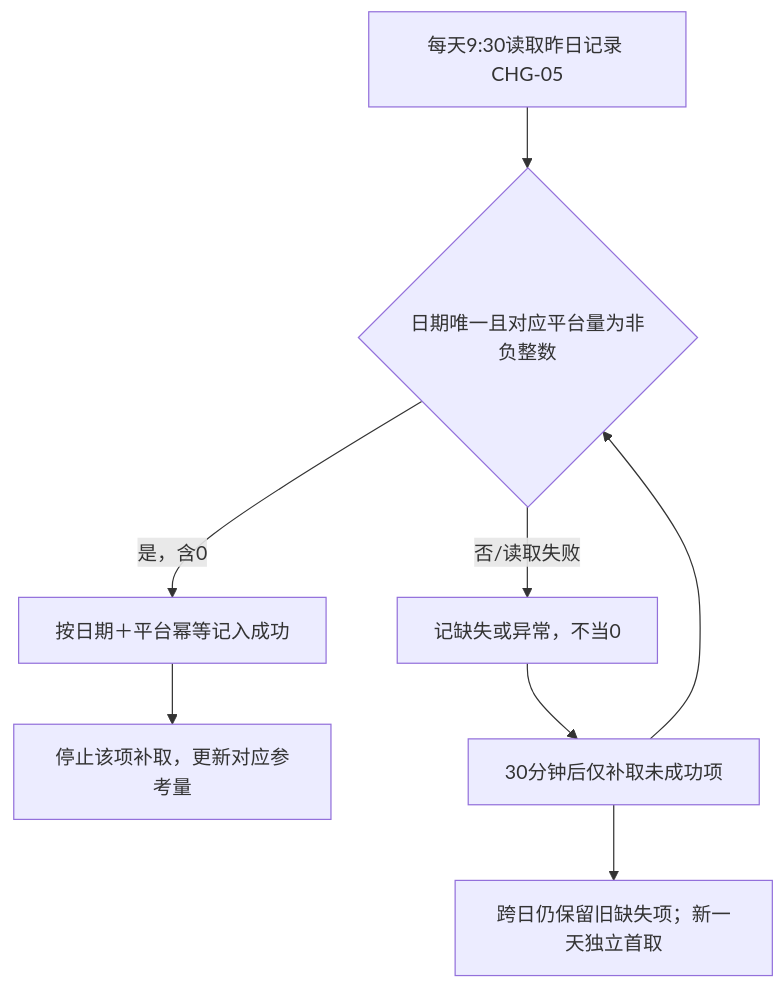
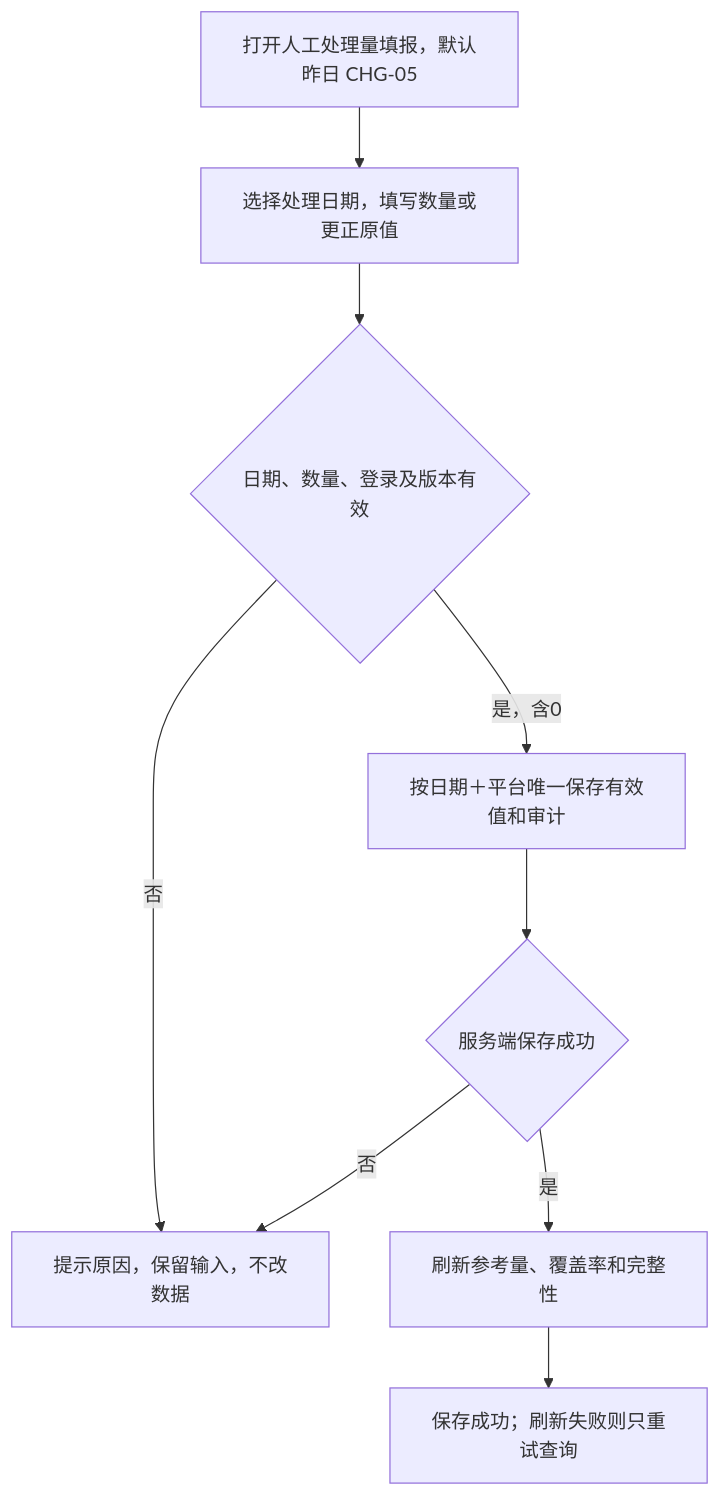
The first of 2 diagrams in dashboard-demo/prd/业务线开发分册/大健康_开发分册.md (dtingyoung123-stack/xianma-work), drawn with Mermaid before and after one commit. The commit also changed other lines of this file and 23 other files, not shown here.

````diff
--- a/dashboard-demo/prd/业务线开发分册/大健康_开发分册.md
+++ b/dashboard-demo/prd/业务线开发分册/大健康_开发分册.md
@@ -53,10 +49,11 @@
 ```mermaid
 flowchart TD
-    A["每天9:30读取昨日记录 CHG-05"] --> B{"日期唯一且对应平台量为非负整数"}
-    B -- "是，含0" --> C["按日期＋平台幂等记入成功"]
-    C --> D["停止该项补取，更新对应参考量"]
-    B -- "否/读取失败" --> E["记缺失或异常，不当0"]
-    E --> F["30分钟后仅补取未成功项"]
-    F --> B
-    F --> G["跨日仍保留旧缺失项；新一天独立首取"]
+    A["打开人工处理量填报，默认昨日 CHG-05"] --> B["选择处理日期，填写数量或更正原值"]
+    B --> C{"日期、数量、登录及版本有效"}
+    C -- "否" --> D["提示原因，保留输入，不改数据"]
+    C -- "是，含0" --> E["按日期＋平台唯一保存有效值和审计"]
+    E --> F{"服务端保存成功"}
+    F -- "否" --> D
+    F -- "是" --> G["刷新参考量、覆盖率和完整性"]
+    G --> H["保存成功；刷新失败则只重试查询"]
 ```
````
